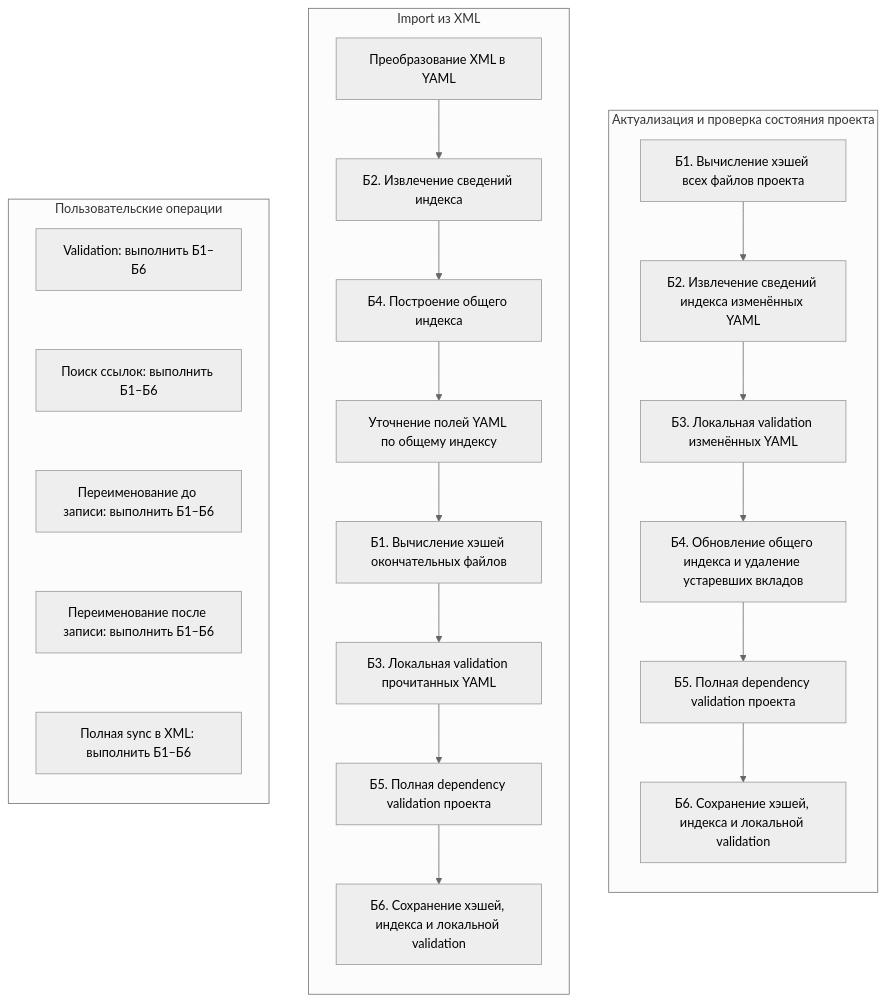
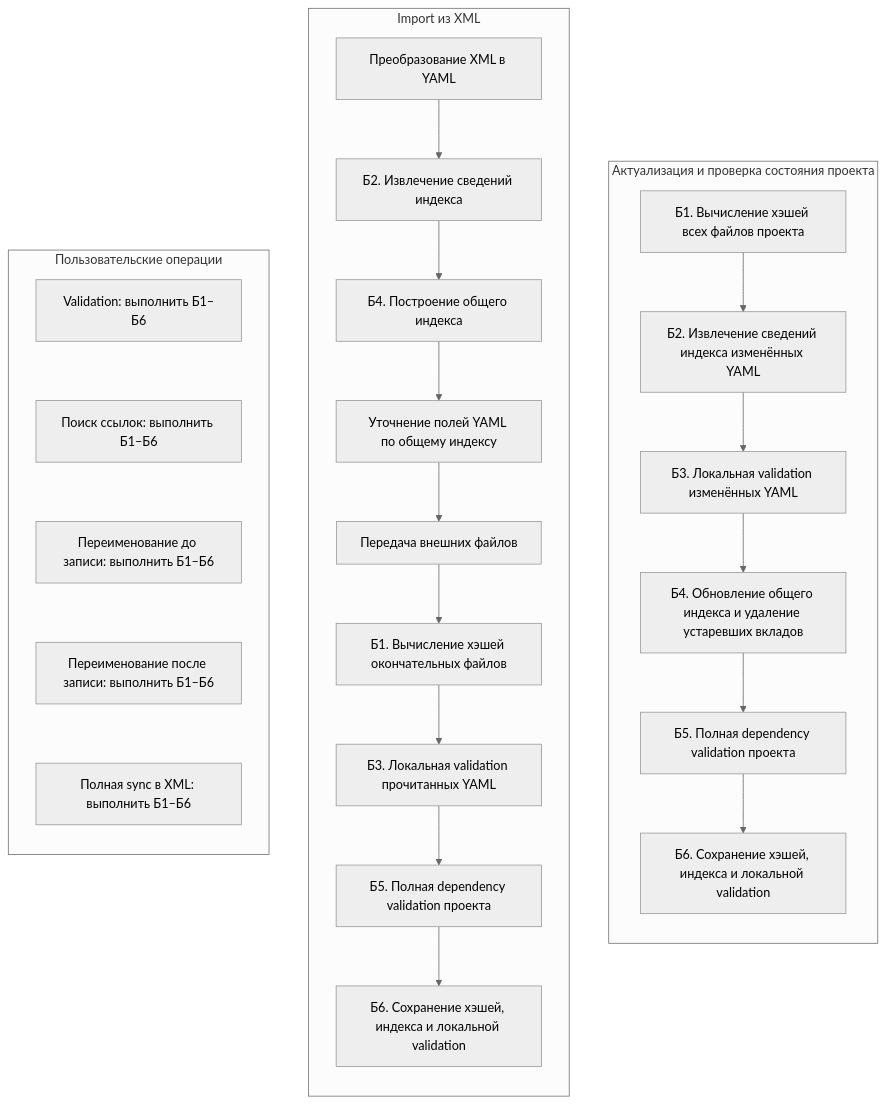
One commit to crimsongoldteam/nkdk changed the diagram in .agents/architecture.md. Above: the diagram before and after it, drawn with Mermaid (neutral theme). The commit also changed other lines of this file and 11 other files, not shown here.

````diff
--- a/.agents/architecture.md
+++ b/.agents/architecture.md
@@ -66,40 +66,41 @@
 ```mermaid
 flowchart LR
   subgraph OPS["Пользовательские операции"]
     direction TB
     validation["Validation: выполнить Б1–Б6"]
     find["Поиск ссылок: выполнить Б1–Б6"]
     renameBefore["Переименование до записи: выполнить Б1–Б6"]
     renameAfter["Переименование после записи: выполнить Б1–Б6"]
     sync["Полная sync в XML: выполнить Б1–Б6"]
     validation ~~~ find ~~~ renameBefore ~~~ renameAfter ~~~ sync
   end
 
   subgraph IMPORT["Import из XML"]
     direction TB
     importXml["Преобразование XML в YAML"]
     importB2["Б2. Извлечение сведений индекса"]
     importB4["Б4. Построение общего индекса"]
     importDeferred["Уточнение полей YAML по общему индексу"]
+    importTransfer["Передача внешних файлов"]
     importB1["Б1. Вычисление хэшей окончательных файлов"]
     importB3["Б3. Локальная validation прочитанных YAML"]
     importB5["Б5. Полная dependency validation проекта"]
     importB6["Б6. Сохранение хэшей, индекса и локальной validation"]
-    importXml --> importB2 --> importB4 --> importDeferred --> importB1 --> importB3 --> importB5 --> importB6
+    importXml --> importB2 --> importB4 --> importDeferred --> importTransfer --> importB1 --> importB3 --> importB5 --> importB6
   end
 
   subgraph UPDATE["Актуализация и проверка состояния проекта"]
     direction TB
     b1["Б1. Вычисление хэшей всех файлов проекта"]
     b2["Б2. Извлечение сведений индекса изменённых YAML"]
     b3["Б3. Локальная validation изменённых YAML"]
     b4["Б4. Обновление общего индекса и удаление устаревших вкладов"]
     b5["Б5. Полная dependency validation проекта"]
     b6["Б6. Сохранение хэшей, индекса и локальной validation"]
     b1 --> b2 --> b3 --> b4 --> b5 --> b6
   end
 
   %% Связи между subgraph ID задают порядок колонок и сохраняют их вертикальное направление.
   OPS ~~~ IMPORT
   IMPORT ~~~ UPDATE
 ```
````
